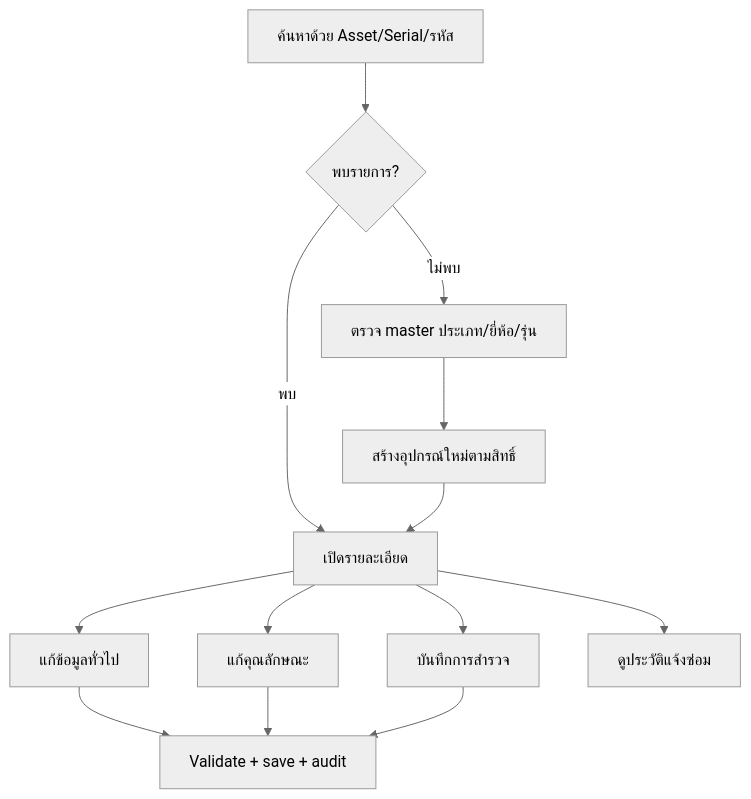
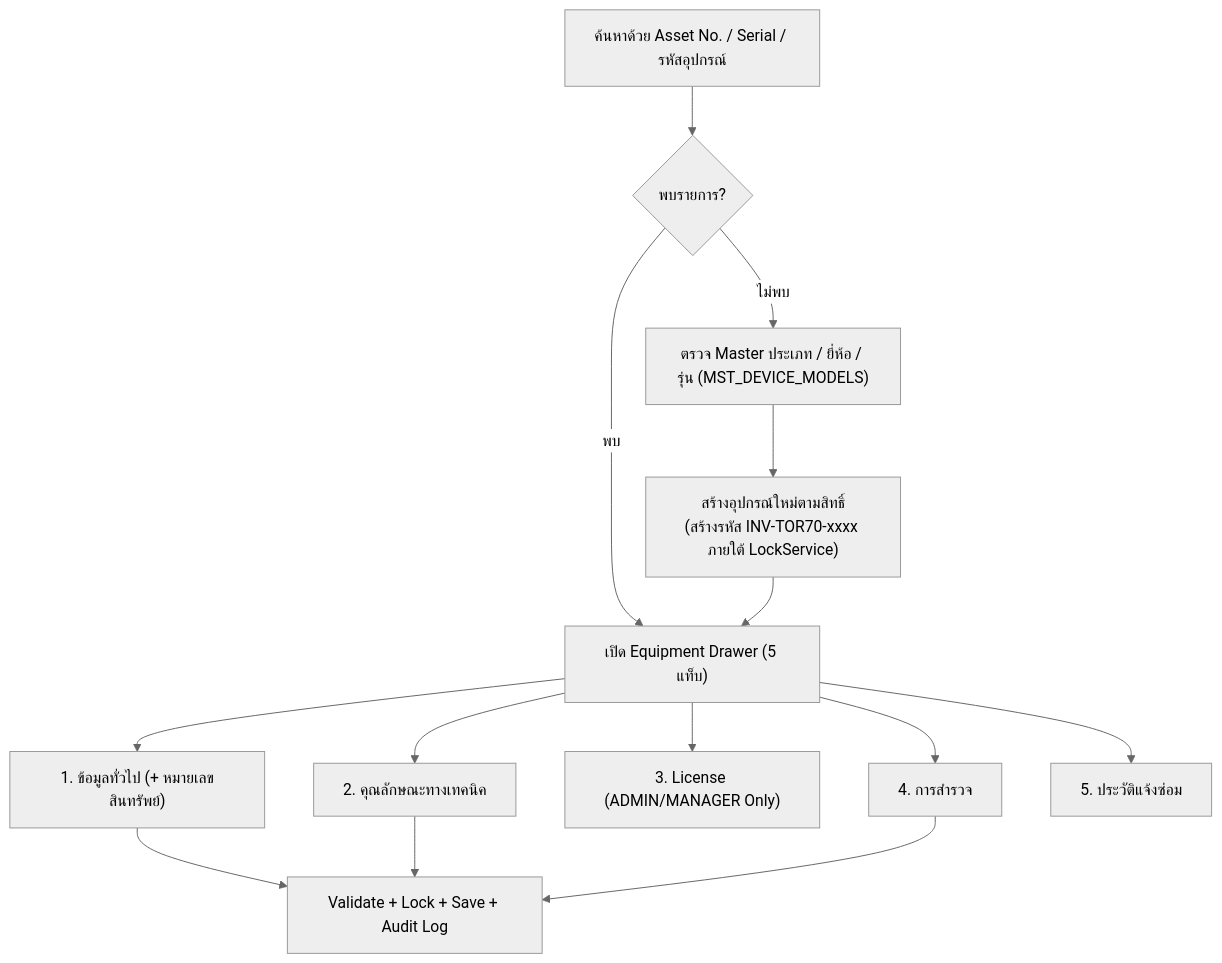
The third of 8 diagrams in WORKFLOW.md (thakot-cloud/ITServiceDesk), drawn with Mermaid (neutral theme) before and after one commit. The commit also changed other lines of this file and 5 other files, not shown here.

Commit message:
docs: complete manuals, recommendations, workflow, and webapp diagrams

````diff
--- a/WORKFLOW.md
+++ b/WORKFLOW.md
@@ -36,15 +46,16 @@
 ```mermaid
 flowchart TD
-  A[ค้นหาด้วย Asset/Serial/รหัส] --> B{พบรายการ?}
-  B -- ไม่พบ --> C[ตรวจ master ประเภท/ยี่ห้อ/รุ่น]
-  C --> D[สร้างอุปกรณ์ใหม่ตามสิทธิ์]
-  B -- พบ --> E[เปิดรายละเอียด]
+  A["ค้นหาด้วย Asset No. / Serial / รหัสอุปกรณ์"] --> B{"พบรายการ?"}
+  B -- "ไม่พบ" --> C["ตรวจ Master ประเภท / ยี่ห้อ / รุ่น (MST_DEVICE_MODELS)"]
+  C --> D["สร้างอุปกรณ์ใหม่ตามสิทธิ์<br/>(สร้างรหัส INV-TOR70-xxxx ภายใต้ LockService)"]
+  B -- "พบ" --> E["เปิด Equipment Drawer (5 แท็บ)"]
   D --> E
-  E --> F[แก้ข้อมูลทั่วไป]
-  E --> G[แก้คุณลักษณะ]
-  E --> H[บันทึกการสำรวจ]
-  E --> I[ดูประวัติแจ้งซ่อม]
-  F --> J[Validate + save + audit]
-  G --> J
-  H --> J
+  E --> F["1. ข้อมูลทั่วไป (+ หมายเลขสินทรัพย์)"]
+  E --> G["2. คุณลักษณะทางเทคนิค"]
+  E --> H["3. License (ADMIN/MANAGER Only)"]
+  E --> I["4. การสำรวจ"]
+  E --> J["5. ประวัติแจ้งซ่อม"]
+  F --> K["Validate + Lock + Save + Audit Log"]
+  G --> K
+  I --> K
 ```
````
